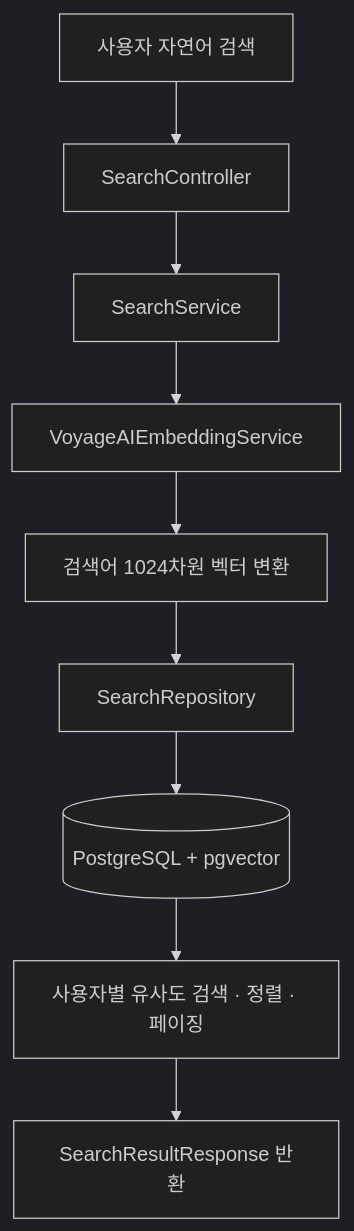
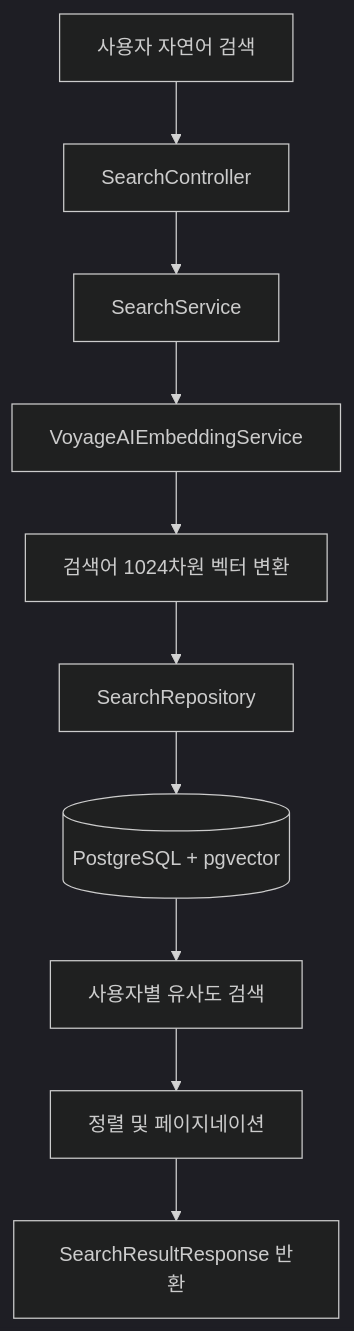
Before and after one commit to halloween96/tada-was: the diagram in README.md, drawn with Mermaid (dark theme). The commit also changed other lines of this file, not shown here.

````diff
--- a/README.md
+++ b/README.md
@@ -97,11 +131,12 @@
 ```mermaid
 flowchart TD
-    A[사용자 자연어 검색] --> B[SearchController]
-    B --> C[SearchService]
-    C --> D[VoyageAIEmbeddingService]
-    D --> E[검색어 1024차원 벡터 변환]
-    E --> F[SearchRepository]
-    F --> G[(PostgreSQL + pgvector)]
-    G --> H[사용자별 유사도 검색 · 정렬 · 페이징]
-    H --> I[SearchResultResponse 반환]
+    A["사용자 자연어 검색"] --> B["SearchController"]
+    B --> C["SearchService"]
+    C --> D["VoyageAIEmbeddingService"]
+    D --> E["검색어 1024차원 벡터 변환"]
+    E --> F["SearchRepository"]
+    F --> G[("PostgreSQL + pgvector")]
+    G --> H["사용자별 유사도 검색"]
+    H --> I["정렬 및 페이지네이션"]
+    I --> J["SearchResultResponse 반환"]
 ```
````
